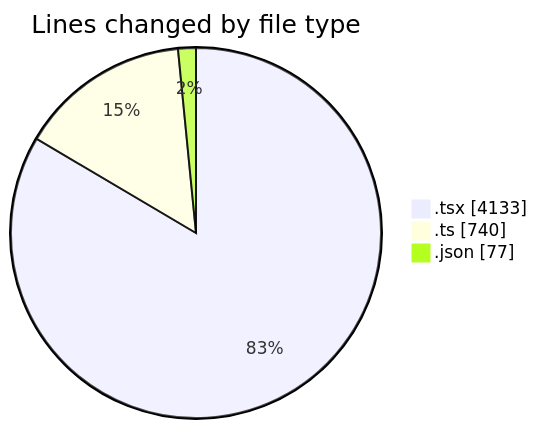
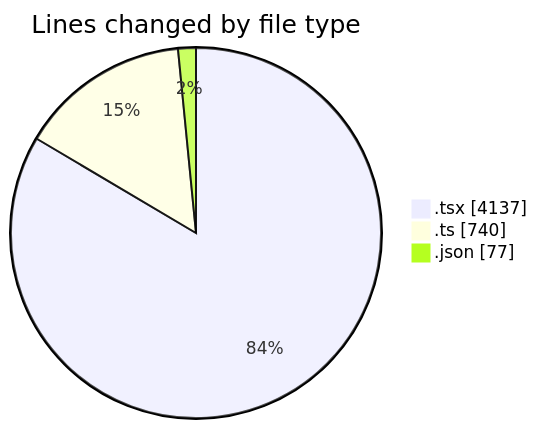
One commit to nxtqubesakshisongat/code-tracking changed the first of 2 diagrams in 2026-03-22/nxtqube_webapp/README.md. Above: the diagram before and after it, drawn with Mermaid. The commit also changed other lines of this file and 1 other file, not shown here.

````diff
--- a/2026-03-22/nxtqube_webapp/README.md
+++ b/2026-03-22/nxtqube_webapp/README.md
@@ -33,7 +34,7 @@
 ```mermaid
 pie showData
 title Lines changed by file type
-".tsx" : 4133
+".tsx" : 4137
 ".ts" : 740
 ".json" : 77
 ```
````
